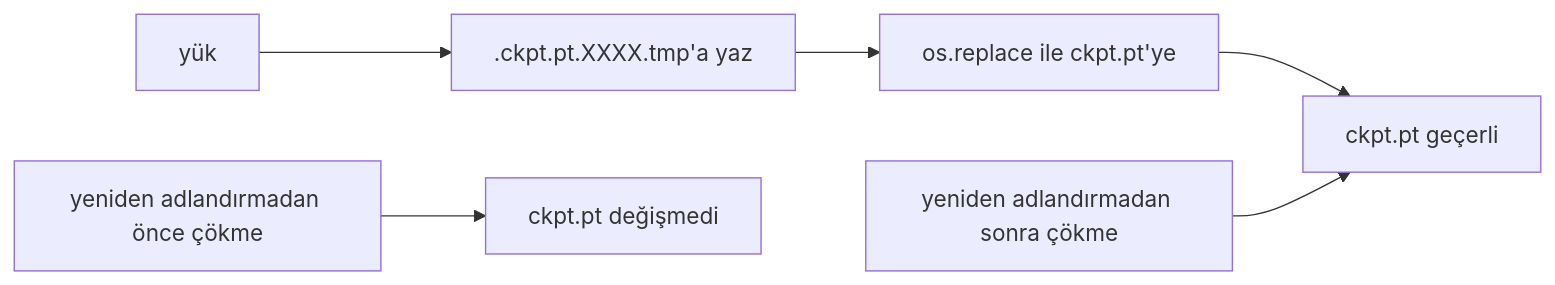
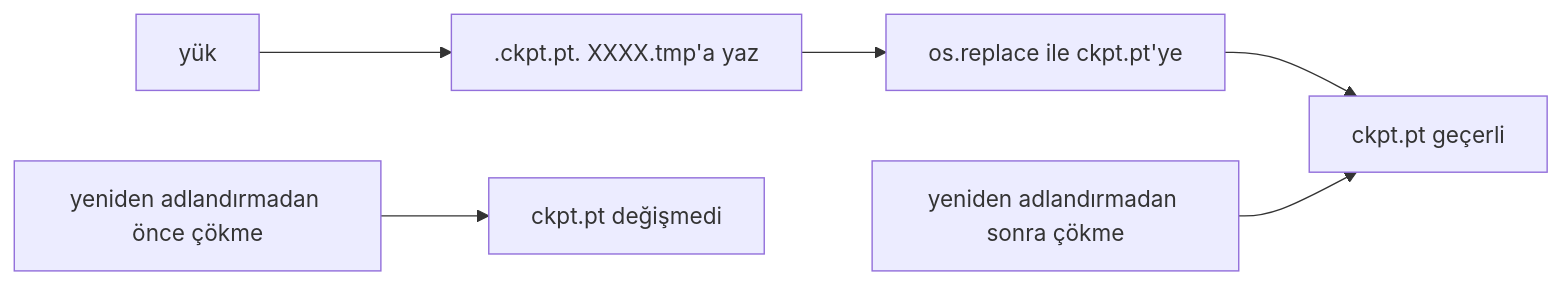
One commit to burakpehlivan-se/ai-engineering-from-scratch changed the second of 3 diagrams in phases/19-capstone-projects/47-checkpoint-save-resume/docs/tr.md. Above: the diagram before and after it, drawn with Mermaid. The commit also changed other lines of this file and 476 other files, not shown here.

````diff
--- a/phases/19-capstone-projects/47-checkpoint-save-resume/docs/tr.md
+++ b/phases/19-capstone-projects/47-checkpoint-save-resume/docs/tr.md
@@ -52,8 +52,8 @@
 ```mermaid
 flowchart LR
-  payload[yük] --> tmpf[.ckpt.pt.XXXX.tmp'a yaz]
-  tmpf --> rename[os.replace ile ckpt.pt'ye]
-  rename --> done[ckpt.pt geçerli]
-  crash1[yeniden adlandırmadan önce çökme] --> orig[ckpt.pt değişmedi]
-  crash2[yeniden adlandırmadan sonra çökme] --> done
+ payload[yük] --> tmpf[.ckpt.pt. XXXX.tmp'a yaz]
+ tmpf --> rename[os.replace ile ckpt.pt'ye]
+ rename --> done[ckpt.pt geçerli]
+ crash1[yeniden adlandırmadan önce çökme] --> orig[ckpt.pt değişmedi]
+ crash2[yeniden adlandırmadan sonra çökme] --> done
 ```
````
